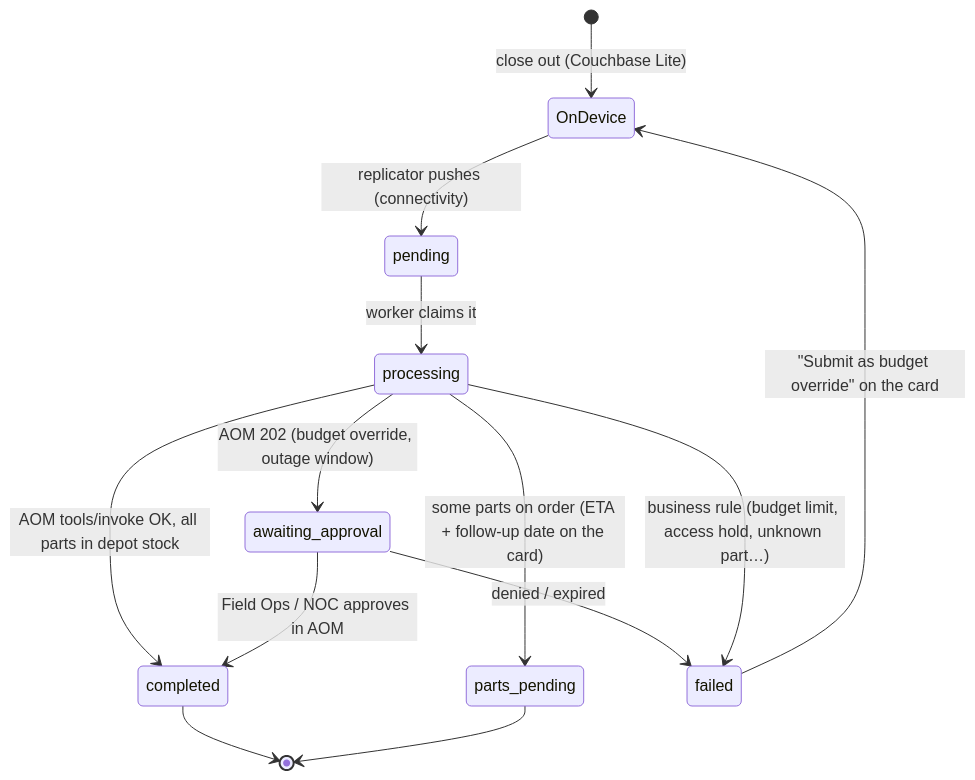
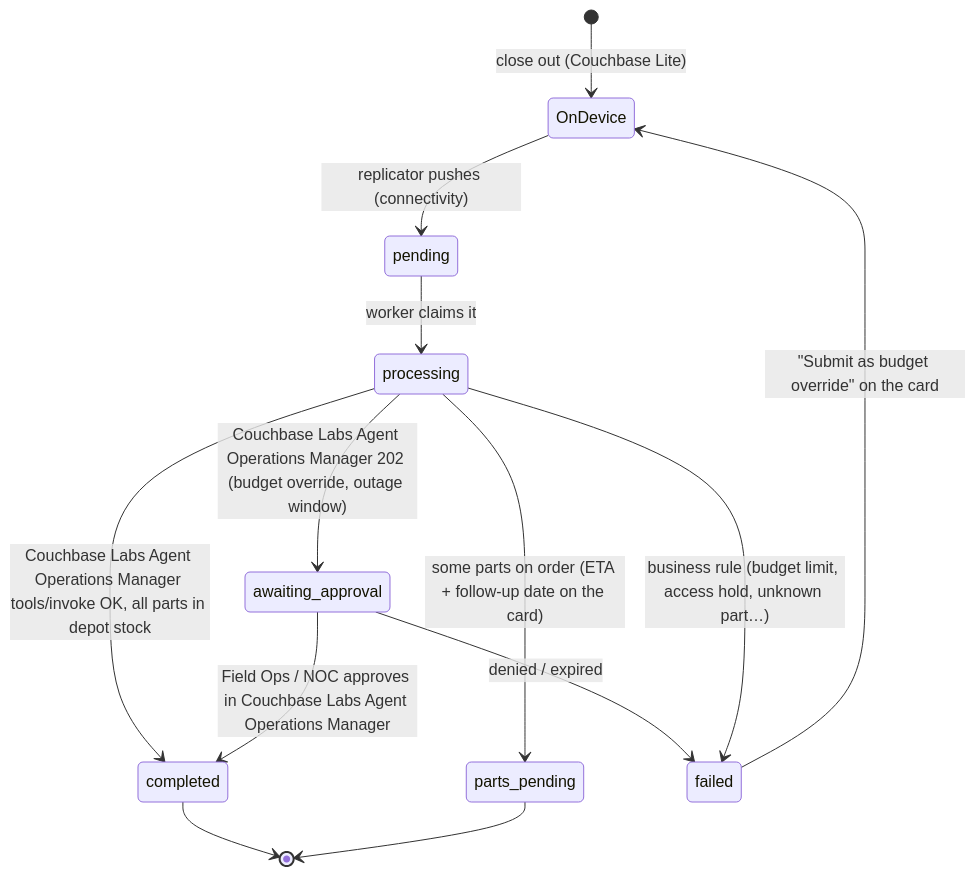
One commit to Couchbase-Field-Engineering/couchbase-fieldservice-mobile-ai-personalization-demo changed the diagram in README.md. Above: the diagram before and after it, drawn with Mermaid. The commit also changed other lines of this file and 11 other files, not shown here.

First line of the commit message:
Use the Couchbase Labs Agent Operations Manager name

````diff
--- a/README.md
+++ b/README.md
@@ -75,15 +75,15 @@
 ```mermaid
 stateDiagram-v2
   [*] --> OnDevice: close out (Couchbase Lite)
   OnDevice --> pending: replicator pushes (connectivity)
   pending --> processing: worker claims it
-  processing --> completed: AOM tools/invoke OK, all parts in depot stock
+  processing --> completed: Couchbase Labs Agent Operations Manager tools/invoke OK, all parts in depot stock
   processing --> parts_pending: some parts on order (ETA + follow-up date on the card)
-  processing --> awaiting_approval: AOM 202 (budget override, outage window)
-  awaiting_approval --> completed: Field Ops / NOC approves in AOM
+  processing --> awaiting_approval: Couchbase Labs Agent Operations Manager 202 (budget override, outage window)
+  awaiting_approval --> completed: Field Ops / NOC approves in Couchbase Labs Agent Operations Manager
   awaiting_approval --> failed: denied / expired
   processing --> failed: business rule (budget limit, access hold, unknown part…)
   failed --> OnDevice: "Submit as budget override" on the card
   completed --> [*]
   parts_pending --> [*]
 ```
````
